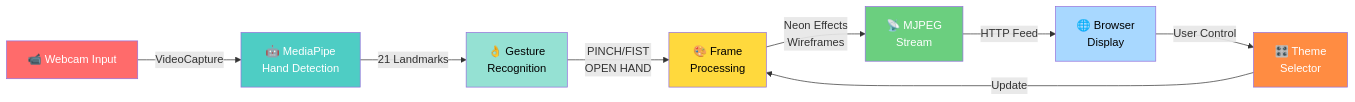
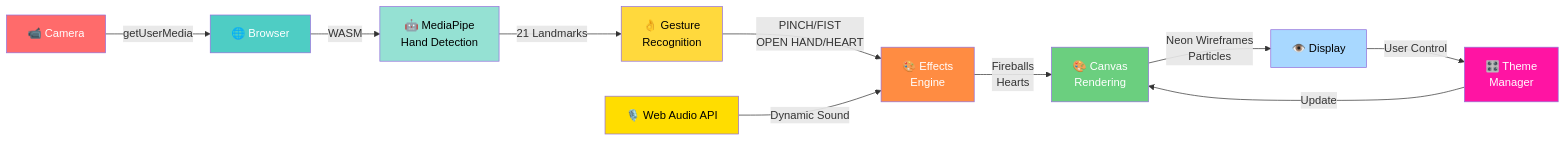
Before and after one commit to Sam-max1/gesteffect: the diagram in README.md, drawn with Mermaid. The commit also changed other lines of this file and 1 other file, not shown here.

First line of the commit message:
docs: add Hugging Face live demo link and update architecture documentation

````diff
--- a/README.md
+++ b/README.md
@@ -26,18 +27,22 @@
 ```mermaid
 graph LR
-    A["📹 Webcam Input"] -->|VideoCapture| B["🤖 MediaPipe<br/>Hand Detection"]
-    B -->|21 Landmarks| C["👌 Gesture<br/>Recognition"]
-    C -->|PINCH/FIST<br/>OPEN HAND| D["🎨 Frame<br/>Processing"]
-    D -->|Neon Effects<br/>Wireframes| E["📡 MJPEG<br/>Stream"]
-    E -->|HTTP Feed| F["🌐 Browser<br/>Display"]
-    G["🎛️ Theme<br/>Selector"] -->|Update| D
-    F -->|User Control| G
+    A["📹 Camera"] -->|getUserMedia| B["🌐 Browser"]
+    B -->|WASM| C["🤖 MediaPipe<br/>Hand Detection"]
+    C -->|21 Landmarks| D["👌 Gesture<br/>Recognition"]
+    D -->|PINCH/FIST<br/>OPEN HAND/HEART| E["🎨 Effects<br/>Engine"]
+    E -->|Fireballs<br/>Hearts| F["🎨 Canvas<br/>Rendering"]
+    F -->|Neon Wireframes<br/>Particles| G["👁️ Display"]
+    H["🎛️ Theme<br/>Manager"] -->|Update| F
+    G -->|User Control| H
+    I["🎙️ Web Audio API"] -->|Dynamic Sound| E
     
     style A fill:#ff6b6b,color:#fff
     style B fill:#4ecdc4,color:#fff
     style C fill:#95e1d3,color:#000
     style D fill:#ffd93d,color:#000
-    style E fill:#6bcf7f,color:#fff
-    style F fill:#a8d8ff,color:#000
-    style G fill:#ff8c42,color:#fff
+    style E fill:#ff8c42,color:#fff
+    style F fill:#6bcf7f,color:#fff
+    style G fill:#a8d8ff,color:#000
+    style H fill:#ff14a3,color:#fff
+    style I fill:#ffdd00,color:#000
 ```
````
